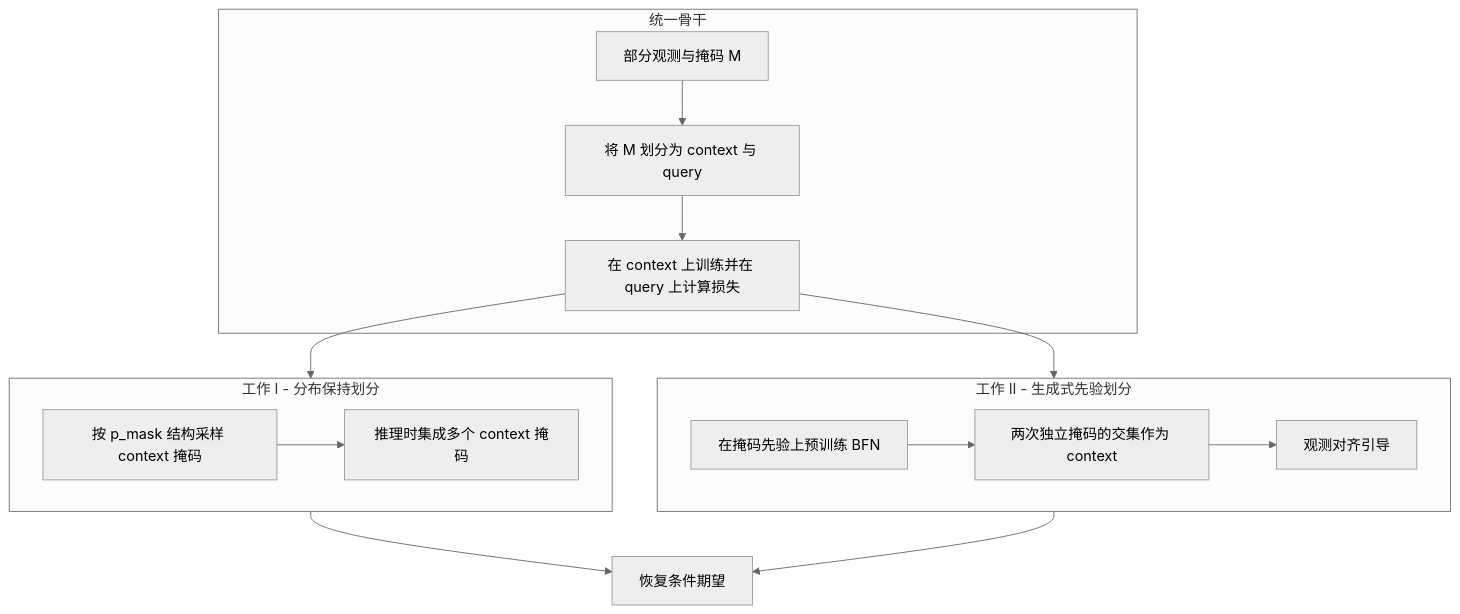
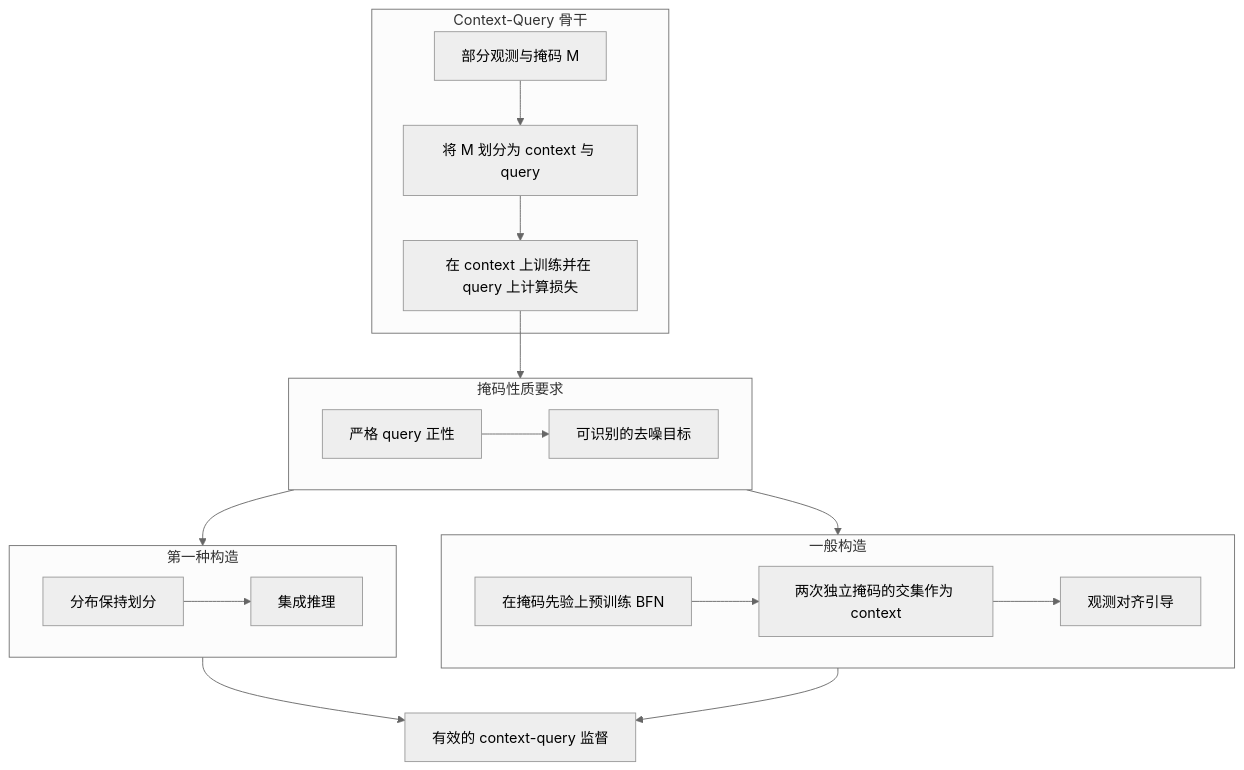
Before and after one commit to zzhnomorebugs/zzhnomorebugs.github.io: the diagram in _research/context-query-dynamics-zh.md, drawn with Mermaid (neutral theme). The commit also changed other lines of this file and 1 other file, not shown here.

```diff
--- a/_research/context-query-dynamics-zh.md
+++ b/_research/context-query-dynamics-zh.md
@@ -40,29 +46,36 @@
 <pre class="mermaid">
 flowchart TB
-  subgraph backbone["统一骨干"]
+  subgraph backbone["Context-Query 骨干"]
     obs["部分观测与掩码 M"]
     split["将 M 划分为 context 与 query"]
     train["在 context 上训练并在 query 上计算损失"]
     obs --> split
     split --> train
   end
 
-  subgraph work1["工作 I - 分布保持划分"]
-    part1["按 p_mask 结构采样 context 掩码"]
-    ens["推理时集成多个 context 掩码"]
+  subgraph req["掩码性质要求"]
+    pos["严格 query 正性"]
+    ident["可识别的去噪目标"]
+    pos --> ident
+  end
+
+  subgraph first["第一种构造"]
+    part1["分布保持划分"]
+    ens["集成推理"]
     part1 --> ens
   end
 
-  subgraph work2["工作 II - 生成式先验划分"]
+  subgraph general["一般构造"]
     bfn["在掩码先验上预训练 BFN"]
     inter["两次独立掩码的交集作为 context"]
     guide["观测对齐引导"]
     bfn --> inter
     inter --> guide
   end
 
-  train --> work1
-  train --> work2
-  work1 --> output["恢复条件期望"]
-  work2 --> output
+  train --> req
+  req --> first
+  req --> general
+  first --> output["有效的 context-query 监督"]
+  general --> output
 </pre>
```
